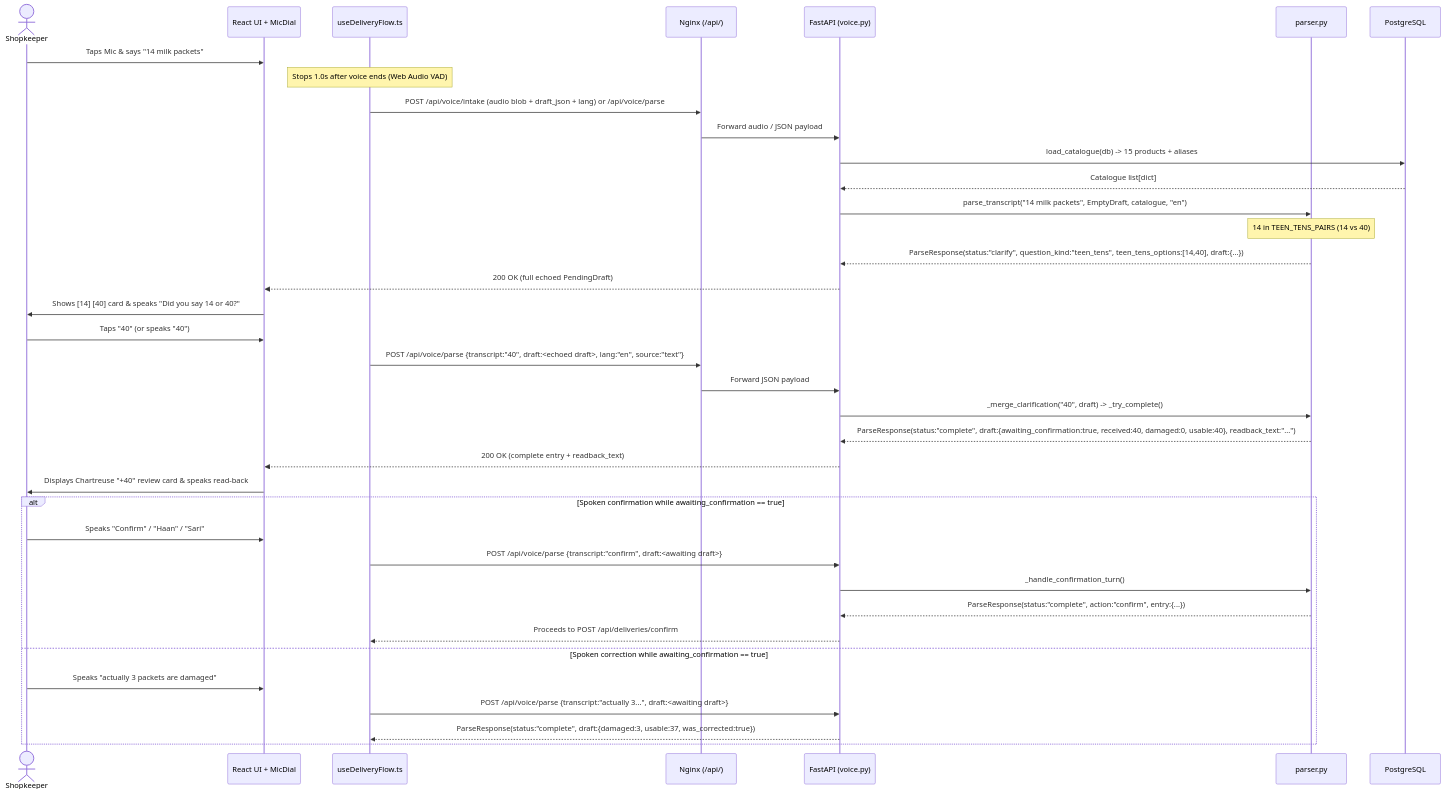
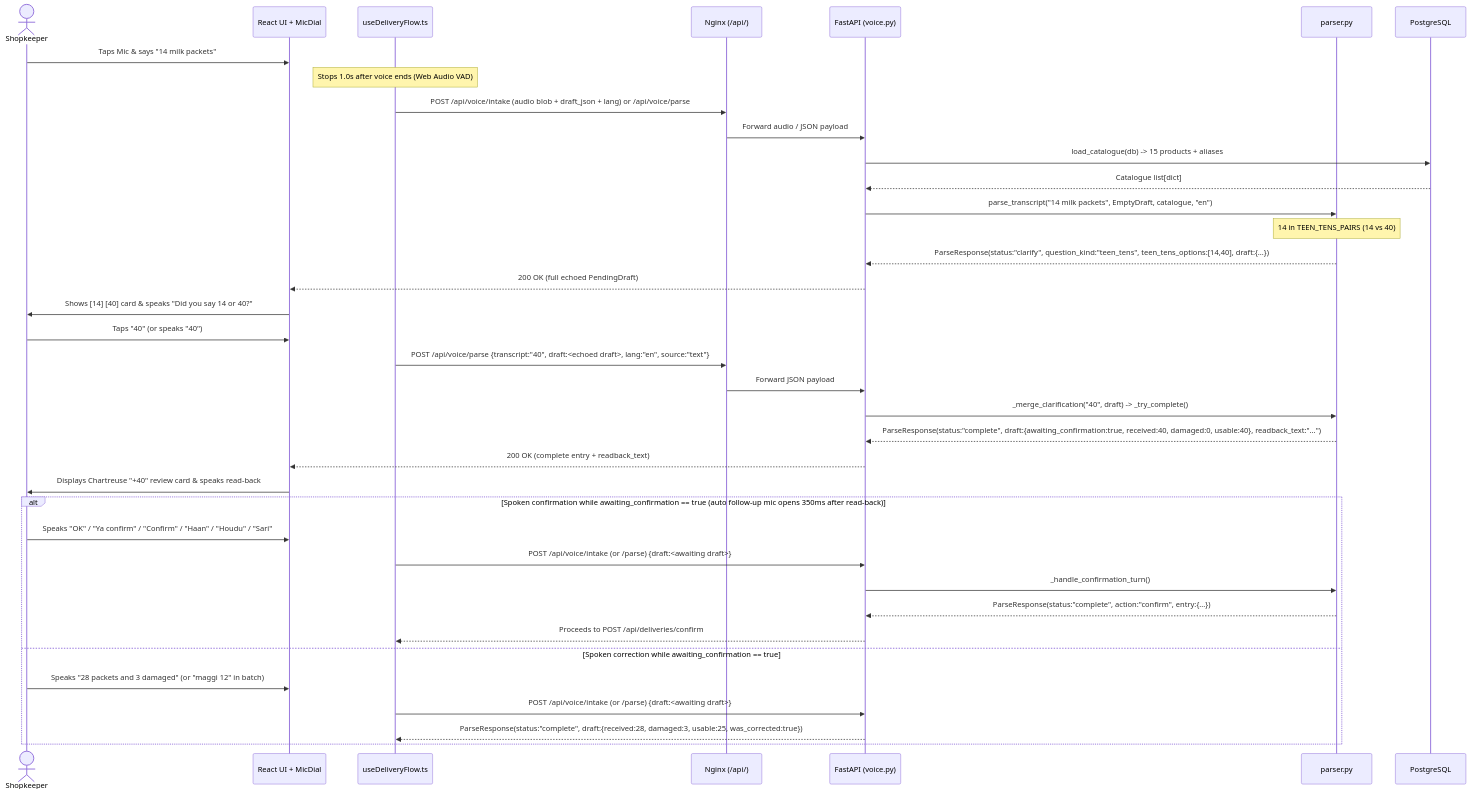
The first of 2 diagrams in docs/05-sequences.md (Ravichandranayakar/kiranaflow), drawn with Mermaid before and after one commit. The commit also changed 9 other files, not shown here.

Commit message:
docs: document hands-free follow-up mic, live midway EN/HI/KN switching, short/fuzzy SKUs, and 42/42 tests

````diff
--- a/docs/05-sequences.md
+++ b/docs/05-sequences.md
@@ -7,42 +7,42 @@
 ```mermaid
 sequenceDiagram
     actor S as Shopkeeper
     participant UI as React UI + MicDial
     participant Hook as useDeliveryFlow.ts
     participant Proxy as Nginx (/api/)
     participant API as FastAPI (voice.py)
     participant Parser as parser.py
     participant DB as PostgreSQL
 
     S->>UI: Taps Mic & says "14 milk packets"
     Note over Hook: Stops 1.0s after voice ends (Web Audio VAD)
     Hook->>Proxy: POST /api/voice/intake (audio blob + draft_json + lang) or /api/voice/parse
     Proxy->>API: Forward audio / JSON payload
     API->>DB: load_catalogue(db) -> 15 products + aliases
     DB-->>API: Catalogue list[dict]
     API->>Parser: parse_transcript("14 milk packets", EmptyDraft, catalogue, "en")
     Note over Parser: 14 in TEEN_TENS_PAIRS (14 vs 40)
     Parser-->>API: ParseResponse(status:"clarify", question_kind:"teen_tens", teen_tens_options:[14,40], draft:{...})
     API-->>UI: 200 OK (full echoed PendingDraft)
     UI->>S: Shows [14] [40] card & speaks "Did you say 14 or 40?"
 
     S->>UI: Taps "40" (or speaks "40")
     Hook->>Proxy: POST /api/voice/parse {transcript:"40", draft:<echoed draft>, lang:"en", source:"text"}
     Proxy->>API: Forward JSON payload
     API->>Parser: _merge_clarification("40", draft) -> _try_complete()
     Parser-->>API: ParseResponse(status:"complete", draft:{awaiting_confirmation:true, received:40, damaged:0, usable:40}, readback_text:"...")
     API-->>UI: 200 OK (complete entry + readback_text)
     UI->>S: Displays Chartreuse "+40" review card & speaks read-back
 
-    alt Spoken confirmation while awaiting_confirmation == true
-        S->>UI: Speaks "Confirm" / "Haan" / "Sari"
-        Hook->>API: POST /api/voice/parse {transcript:"confirm", draft:<awaiting draft>}
+    alt Spoken confirmation while awaiting_confirmation == true (auto follow-up mic opens 350ms after read-back)
+        S->>UI: Speaks "OK" / "Ya confirm" / "Confirm" / "Haan" / "Houdu" / "Sari"
+        Hook->>API: POST /api/voice/intake (or /parse) {draft:<awaiting draft>}
         API->>Parser: _handle_confirmation_turn()
         Parser-->>API: ParseResponse(status:"complete", action:"confirm", entry:{...})
         API-->>Hook: Proceeds to POST /api/deliveries/confirm
     else Spoken correction while awaiting_confirmation == true
-        S->>UI: Speaks "actually 3 packets are damaged"
-        Hook->>API: POST /api/voice/parse {transcript:"actually 3...", draft:<awaiting draft>}
-        API-->>Hook: ParseResponse(status:"complete", draft:{damaged:3, usable:37, was_corrected:true})
+        S->>UI: Speaks "28 packets and 3 damaged" (or "maggi 12" in batch)
+        Hook->>API: POST /api/voice/intake (or /parse) {draft:<awaiting draft>}
+        API-->>Hook: ParseResponse(status:"complete", draft:{received:28, damaged:3, usable:25, was_corrected:true})
     end
 ```
````
